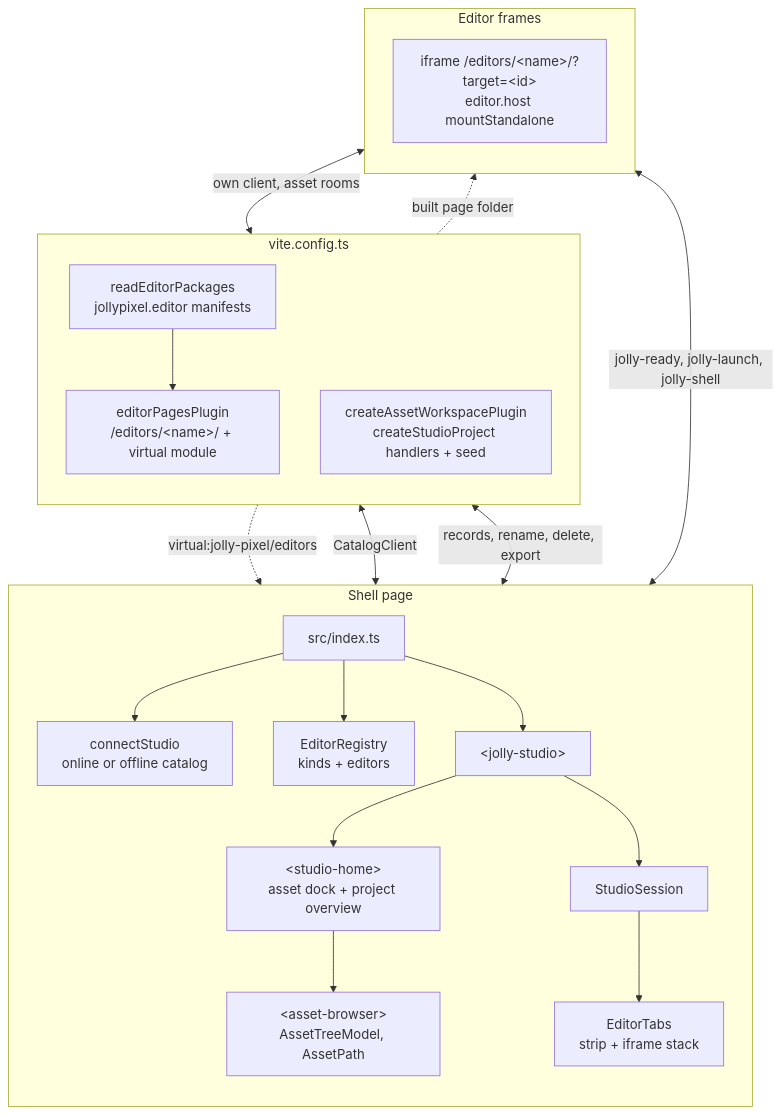
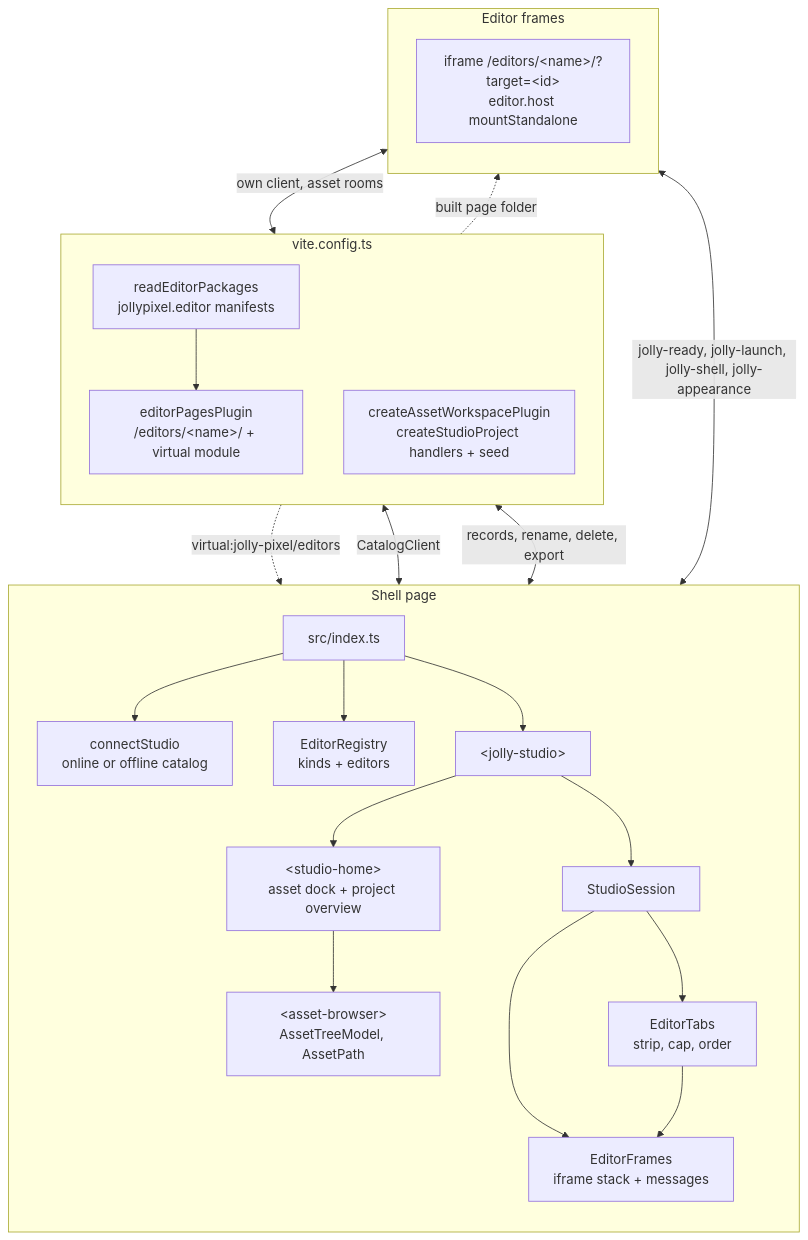
One commit to JollyPixel/editor changed the first of 3 diagrams in packages/studio/ARCHITECTURE.md. Above: the diagram before and after it, drawn with Mermaid. The commit also changed other lines of this file and 43 other files, not shown here.

````diff
--- a/packages/studio/ARCHITECTURE.md
+++ b/packages/studio/ARCHITECTURE.md
@@ -11,41 +11,44 @@
 ```mermaid
 flowchart TB
   subgraph Vite["vite.config.ts"]
     direction TB
     Manifests["readEditorPackages<br/>jollypixel.editor manifests"]
     Pages["editorPagesPlugin<br/>/editors/&lt;name&gt;/ + virtual module"]
     Backend["createAssetWorkspacePlugin<br/>createStudioProject handlers + seed"]
     Manifests --> Pages
   end
 
   subgraph Shell["Shell page"]
     direction TB
     Boot["src/index.ts"]
     Connection["connectStudio<br/>online or offline catalog"]
     Registry["EditorRegistry<br/>kinds + editors"]
     Studio["&lt;jolly-studio&gt;"]
     Home["&lt;studio-home&gt;<br/>asset dock + project overview"]
     Browser["&lt;asset-browser&gt;<br/>AssetTreeModel, AssetPath"]
     Session["StudioSession"]
-    Tabs["EditorTabs<br/>strip + iframe stack"]
+    Tabs["EditorTabs<br/>strip, cap, order"]
+    FrameStack["EditorFrames<br/>iframe stack + messages"]
     Boot --> Connection
     Boot --> Registry
     Boot --> Studio
     Studio --> Home
     Home --> Browser
     Studio --> Session
     Session --> Tabs
+    Session --> FrameStack
+    Tabs --> FrameStack
   end
 
   subgraph Frames["Editor frames"]
     direction TB
     Frame["iframe /editors/&lt;name&gt;/?target=&lt;id&gt;<br/>editor.host mountStandalone"]
   end
 
   Pages -.->|"virtual:jolly-pixel/editors"| Registry
   Pages -.->|"built page folder"| Frame
   Connection <-->|"CatalogClient"| Backend
   Browser <-->|"records, rename, delete, export"| Backend
-  Tabs <-->|"jolly-ready, jolly-launch, jolly-shell"| Frame
+  FrameStack <-->|"jolly-ready, jolly-launch, jolly-shell, jolly-appearance"| Frame
   Frame <-->|"own client, asset rooms"| Backend
 ```
````
